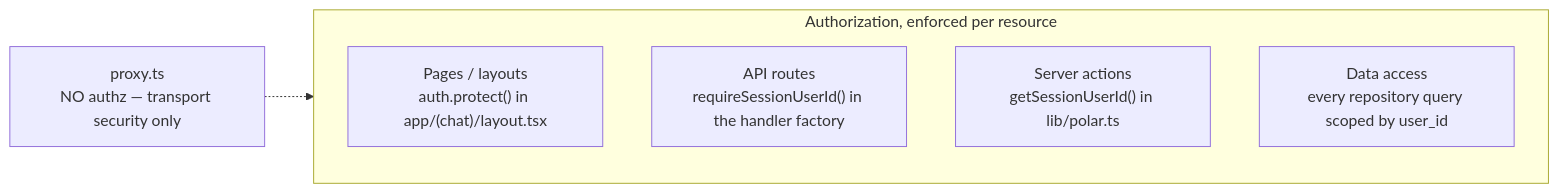
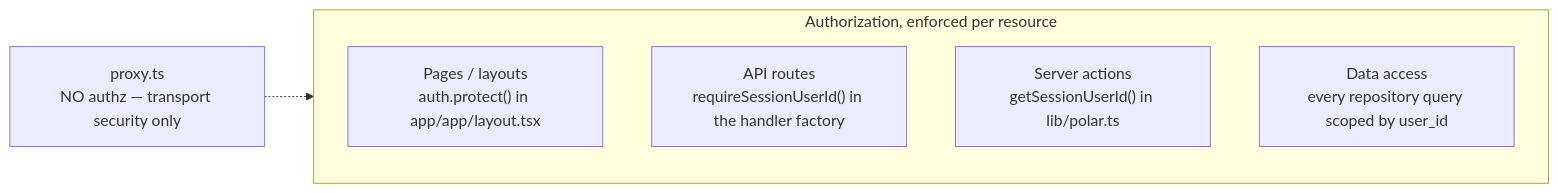
One commit to gitdeepaks/aichatwave changed the seventh of 13 diagrams in docs/system_design.md. Above: the diagram before and after it, drawn with Mermaid. The commit also changed other lines of this file and 15 other files, not shown here.

First line of the commit message:
docs: update project documentation and add architecture guides

````diff
--- a/docs/system_design.md
+++ b/docs/system_design.md
@@ -473,10 +476,10 @@
 ```mermaid
 flowchart LR
     subgraph Enforcement["Authorization, enforced per resource"]
-        P["Pages / layouts<br/>auth.protect() in app/(chat)/layout.tsx"]
+        P["Pages / layouts<br/>auth.protect() in app/app/layout.tsx"]
         A["API routes<br/>requireSessionUserId() in the handler factory"]
         SA["Server actions<br/>getSessionUserId() in lib/polar.ts"]
         D["Data access<br/>every repository query scoped by user_id"]
     end
     MW["proxy.ts<br/>NO authz — transport security only"] -.-> Enforcement
 ```
````
